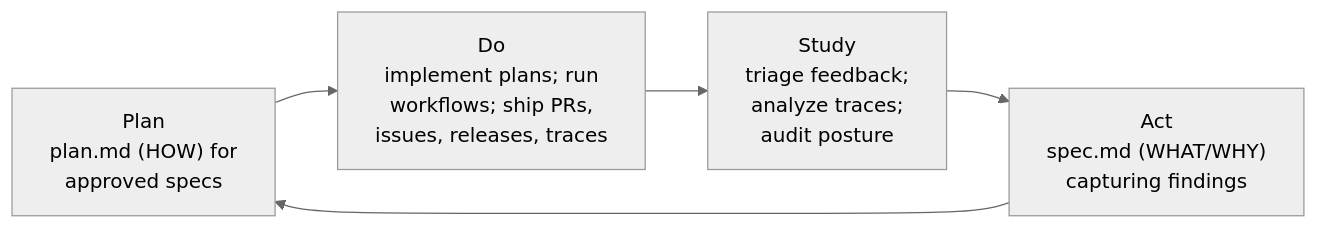
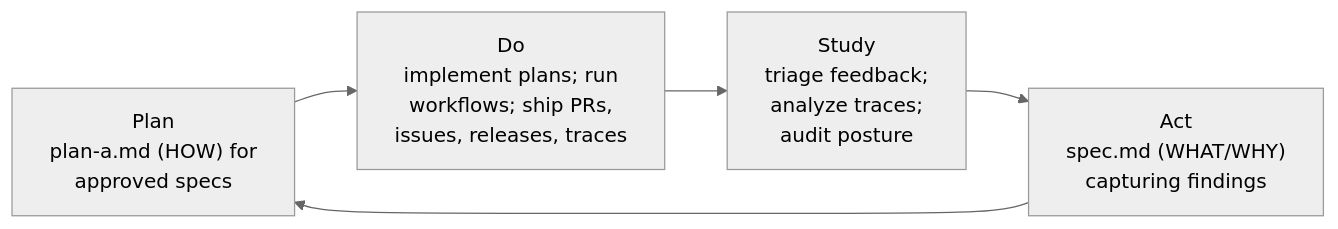
The second of 3 diagrams in GEMBA.md (forwardimpact/pathway), drawn with Mermaid (neutral theme) before and after one commit. The commit also changed other lines of this file and 5 other files, not shown here.

````diff
--- a/GEMBA.md
+++ b/GEMBA.md
@@ -45,9 +45,9 @@
 ```mermaid
 graph LR
-    P["Plan<br/>plan.md (HOW) for<br/>approved specs"]
+    P["Plan<br/>plan-a.md (HOW) for<br/>approved specs"]
     D["Do<br/>implement plans; run<br/>workflows; ship PRs,<br/>issues, releases, traces"]
     S["Study<br/>triage feedback;<br/>analyze traces;<br/>audit posture"]
     A["Act<br/>spec.md (WHAT/WHY)<br/>capturing findings"]
 
     P --> D --> S --> A --> P
 ```
````
